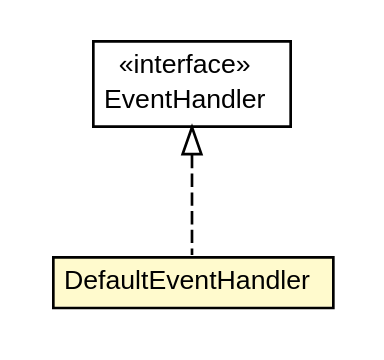
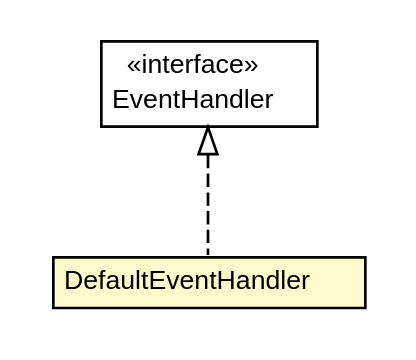
Before and after one commit to trajano/doxdb: the diagram in doxdb-core/apidocs/net/trajano/doxdb/ext/DefaultEventHandler.dot, drawn with Graphviz. The commit also changed 227 other files, not shown here.

```diff
--- a/doxdb-core/apidocs/net/trajano/doxdb/ext/DefaultEventHandler.dot
+++ b/doxdb-core/apidocs/net/trajano/doxdb/ext/DefaultEventHandler.dot
@@ -1,27 +1,27 @@
 #!/usr/local/bin/dot
 #
 # Class diagram 
 # Generated by UMLGraph version R5_6-24-gf6e263 (http://www.umlgraph.org/)
 #
 
 digraph G {
-	edge [fontname="arial",fontsize=10,labelfontname="arial",labelfontsize=10];
-	node [fontname="arial",fontsize=10,shape=plaintext];
+	edge [fontname="Helvetica",fontsize=10,labelfontname="Helvetica",labelfontsize=10];
+	node [fontname="Helvetica",fontsize=10,shape=plaintext];
 	nodesep=0.25;
 	ranksep=0.5;
+	// net.trajano.doxdb.ext.DefaultEventHandler
+	c181 [label=<<table title="net.trajano.doxdb.ext.DefaultEventHandler" border="0" cellborder="1" cellspacing="0" cellpadding="2" port="p" bgcolor="lemonChiffon" href="./DefaultEventHandler.html">
+		<tr><td><table border="0" cellspacing="0" cellpadding="1">
+<tr><td align="center" balign="center"> DefaultEventHandler </td></tr>
+		</table></td></tr>
+		</table>>, URL="./DefaultEventHandler.html", fontname="Helvetica", fontcolor="black", fontsize=10.0];
 	// net.trajano.doxdb.ext.EventHandler
-	c177 [label=<<table title="net.trajano.doxdb.ext.EventHandler" border="0" cellborder="1" cellspacing="0" cellpadding="2" port="p" href="./EventHandler.html">
+	c182 [label=<<table title="net.trajano.doxdb.ext.EventHandler" border="0" cellborder="1" cellspacing="0" cellpadding="2" port="p" href="./EventHandler.html">
 		<tr><td><table border="0" cellspacing="0" cellpadding="1">
 <tr><td align="center" balign="center"> &#171;interface&#187; </td></tr>
 <tr><td align="center" balign="center"> EventHandler </td></tr>
 		</table></td></tr>
-		</table>>, URL="./EventHandler.html", fontname="arial", fontcolor="black", fontsize=10.0];
-	// net.trajano.doxdb.ext.DefaultEventHandler
-	c179 [label=<<table title="net.trajano.doxdb.ext.DefaultEventHandler" border="0" cellborder="1" cellspacing="0" cellpadding="2" port="p" bgcolor="lemonChiffon" href="./DefaultEventHandler.html">
-		<tr><td><table border="0" cellspacing="0" cellpadding="1">
-<tr><td align="center" balign="center"> DefaultEventHandler </td></tr>
-		</table></td></tr>
-		</table>>, URL="./DefaultEventHandler.html", fontname="arial", fontcolor="black", fontsize=10.0];
+		</table>>, URL="./EventHandler.html", fontname="Helvetica", fontcolor="black", fontsize=10.0];
 	//net.trajano.doxdb.ext.DefaultEventHandler implements net.trajano.doxdb.ext.EventHandler
-	c177:p -> c179:p [dir=back,arrowtail=empty,style=dashed];
+	c182:p -> c181:p [dir=back,arrowtail=empty,style=dashed];
 }
```
